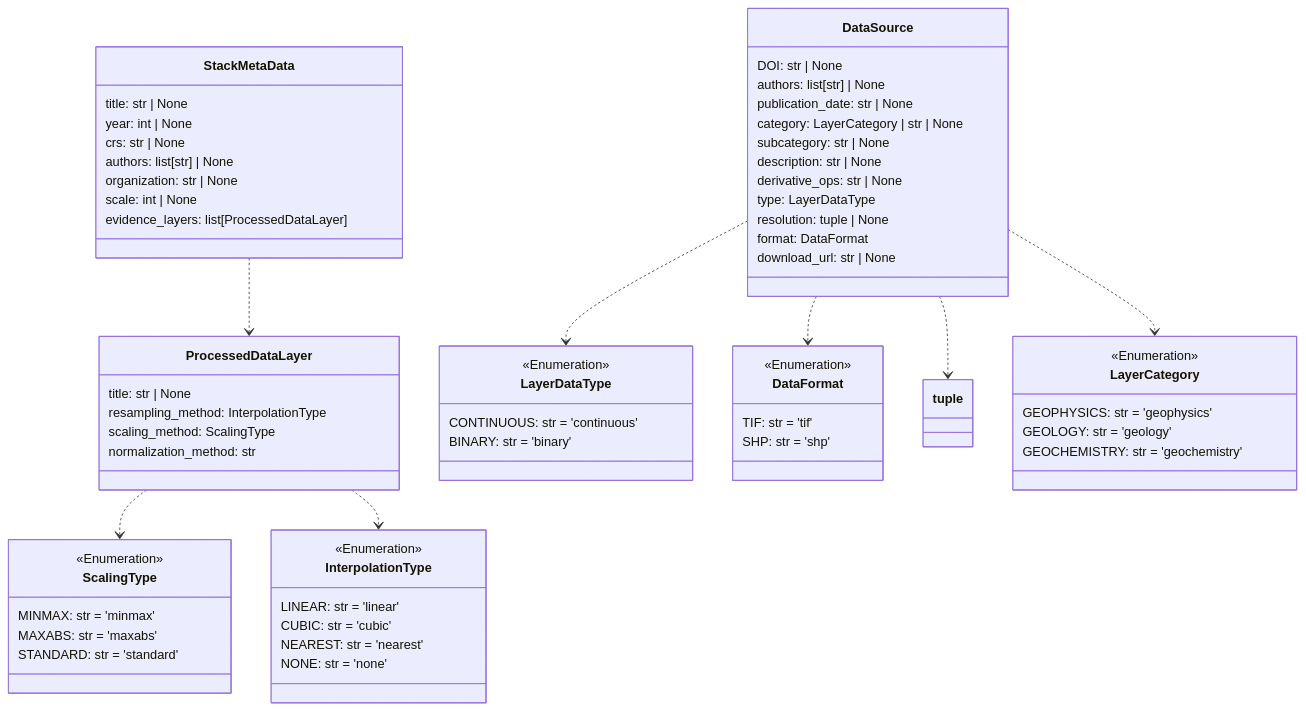
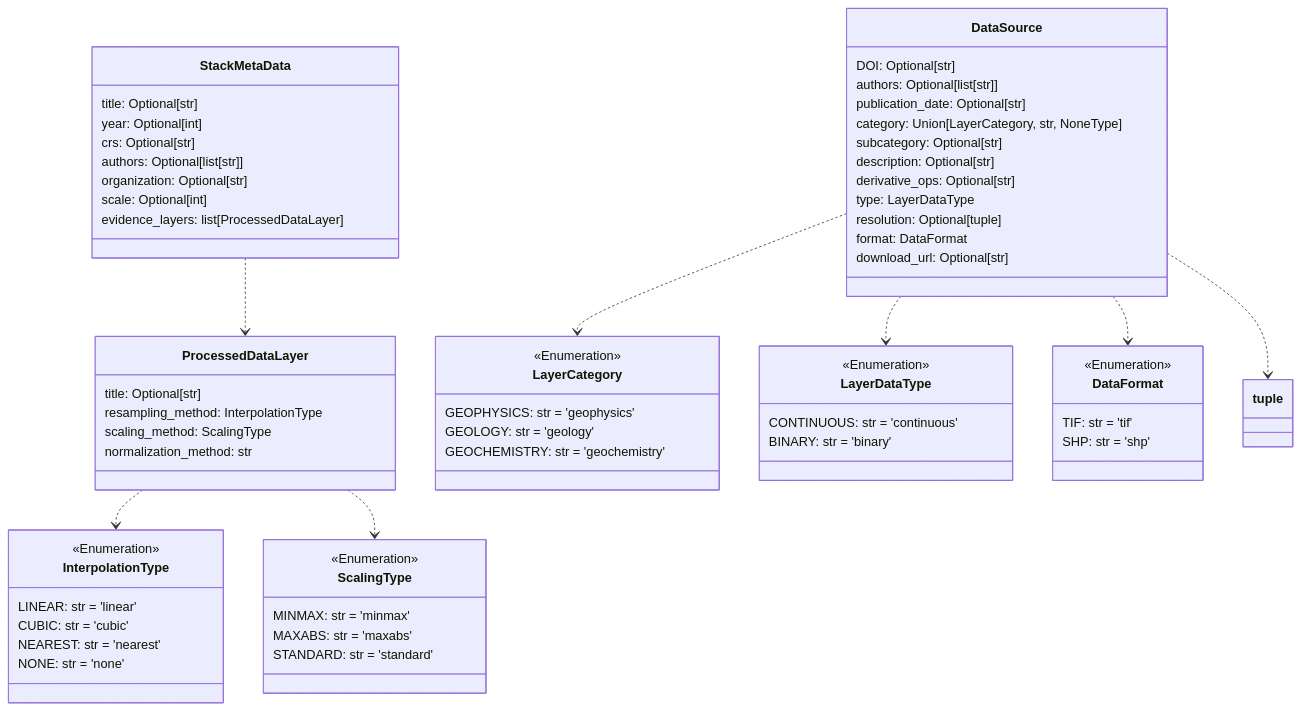
Diagram 13 of 14 in README.md (DARPA-CRITICALMAAS/cdr_schemas), drawn with Mermaid before and after one commit. The commit also changed other lines of this file and 1 other file, not shown here.

````diff
--- a/README.md
+++ b/README.md
@@ -1010,78 +965,78 @@
 ```mermaid
 classDiagram
-
-    class DataFormat {
-        <<Enumeration>>
-        TIF: str = 'tif'
-        SHP: str = 'shp'
-    }
 
     class InterpolationType {
         <<Enumeration>>
         LINEAR: str = 'linear'
         CUBIC: str = 'cubic'
         NEAREST: str = 'nearest'
         NONE: str = 'none'
     }
 
-    class StackMetaData {
-        title: str | None
-        year: int | None
-        crs: str | None
-        authors: list[str] | None
-        organization: str | None
-        scale: int | None
-        evidence_layers: list[ProcessedDataLayer]
-    }
-
-    class LayerDataType {
+    class LayerCategory {
         <<Enumeration>>
-        CONTINUOUS: str = 'continuous'
-        BINARY: str = 'binary'
+        GEOPHYSICS: str = 'geophysics'
+        GEOLOGY: str = 'geology'
+        GEOCHEMISTRY: str = 'geochemistry'
     }
 
     class ScalingType {
         <<Enumeration>>
         MINMAX: str = 'minmax'
         MAXABS: str = 'maxabs'
         STANDARD: str = 'standard'
     }
 
+    class LayerDataType {
+        <<Enumeration>>
+        CONTINUOUS: str = 'continuous'
+        BINARY: str = 'binary'
+    }
+
     class ProcessedDataLayer {
-        title: str | None
+        title: Optional[str]
         resampling_method: InterpolationType
         scaling_method: ScalingType
         normalization_method: str
     }
 
-    class LayerCategory {
-        <<Enumeration>>
-        GEOPHYSICS: str = 'geophysics'
-        GEOLOGY: str = 'geology'
-        GEOCHEMISTRY: str = 'geochemistry'
+    class StackMetaData {
+        title: Optional[str]
+        year: Optional[int]
+        crs: Optional[str]
+        authors: Optional[list[str]]
+        organization: Optional[str]
+        scale: Optional[int]
+        evidence_layers: list[ProcessedDataLayer]
     }
 
     class DataSource {
-        DOI: str | None
-        authors: list[str] | None
-        publication_date: str | None
-        category: LayerCategory | str | None
-        subcategory: str | None
-        description: str | None
-        derivative_ops: str | None
+        DOI: Optional[str]
+        authors: Optional[list[str]]
+        publication_date: Optional[str]
+        category: Union[LayerCategory, str, NoneType]
+        subcategory: Optional[str]
+        description: Optional[str]
+        derivative_ops: Optional[str]
         type: LayerDataType
-        resolution: tuple | None
+        resolution: Optional[tuple]
         format: DataFormat
-        download_url: str | None
+        download_url: Optional[str]
     }
 
+    class DataFormat {
+        <<Enumeration>>
+        TIF: str = 'tif'
+        SHP: str = 'shp'
+    }
+
+    DataSource ..> LayerCategory
     DataSource ..> LayerDataType
     DataSource ..> DataFormat
     DataSource ..> tuple
-    DataSource ..> LayerCategory
+    ProcessedDataLayer ..> InterpolationType
     ProcessedDataLayer ..> ScalingType
-    ProcessedDataLayer ..> InterpolationType
     StackMetaData ..> ProcessedDataLayer
 
 
 ```
````
